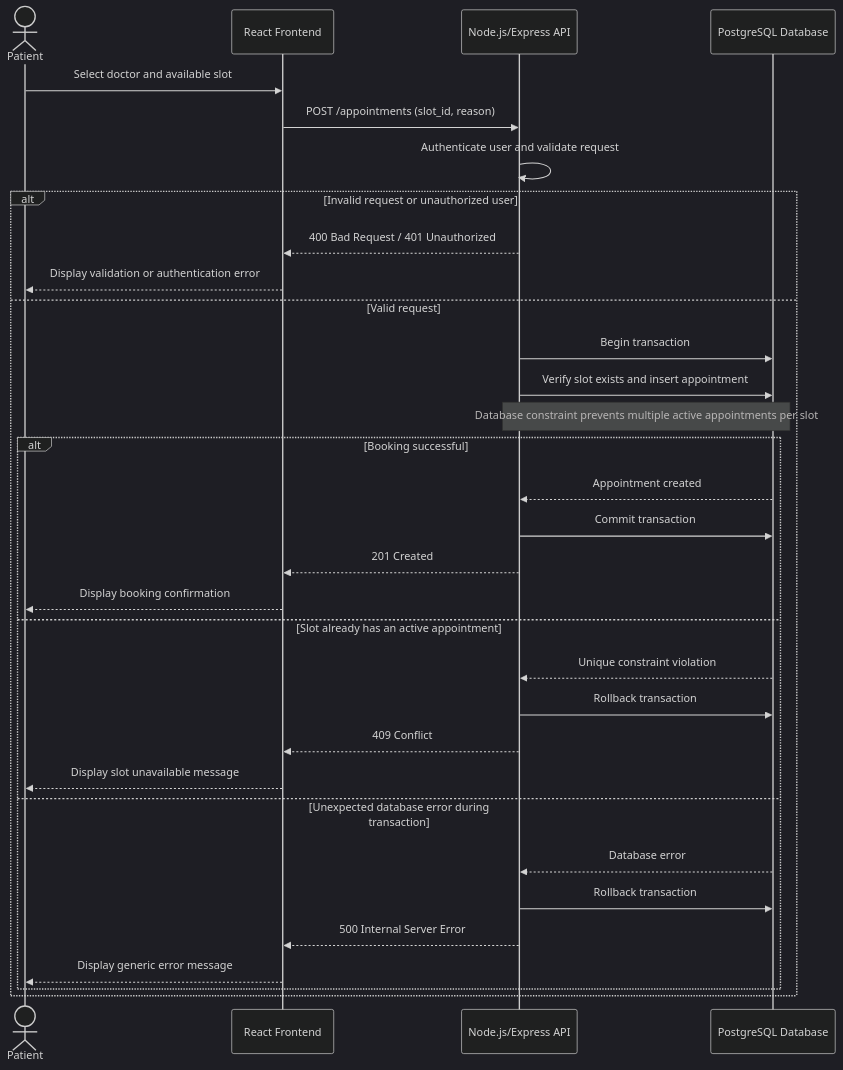
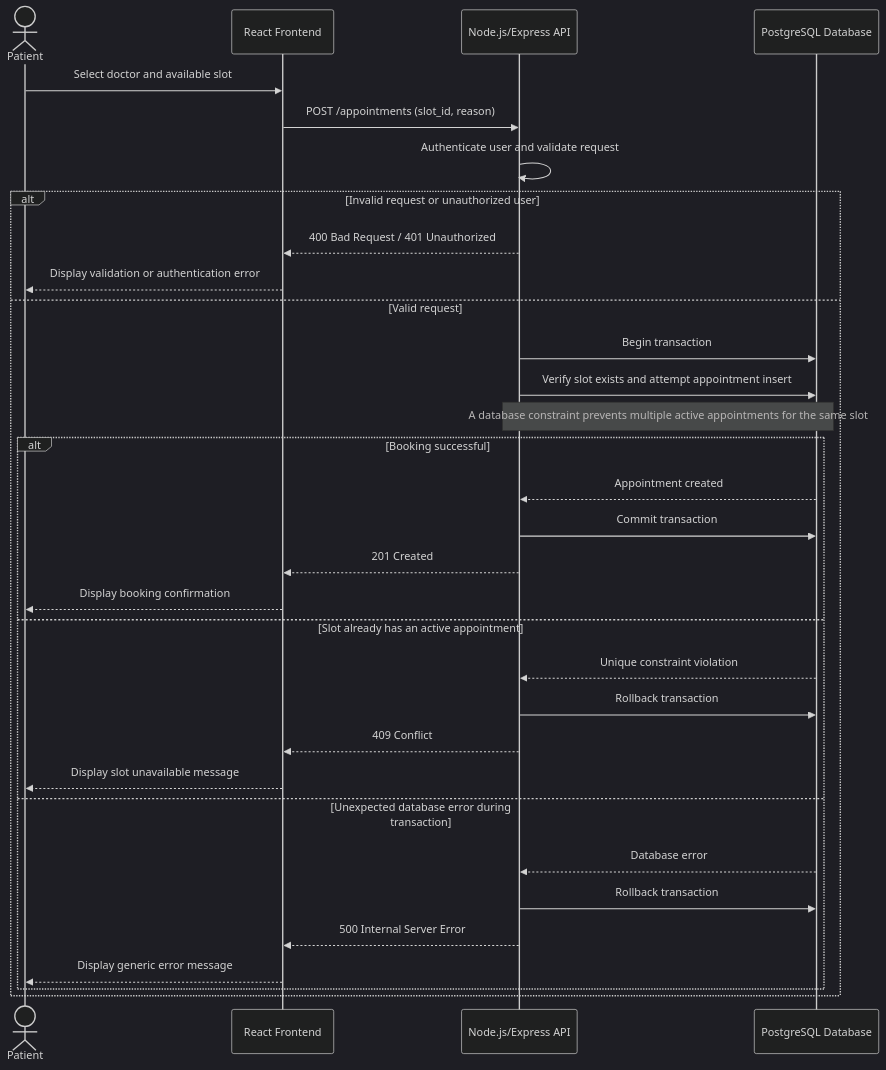
Before and after one commit to feloaref/scalable-telemedicine-platform: the third of 6 diagrams in DATA_FLOW_DIAGRAMS.md, drawn with Mermaid (dark theme). The commit also changed other lines of this file, not shown here.

Commit message:
DATA_FLOW_DIAGRAMS.md

````diff
--- a/DATA_FLOW_DIAGRAMS.md
+++ b/DATA_FLOW_DIAGRAMS.md
@@ -71,39 +70,39 @@
 ```mermaid
 sequenceDiagram
     actor Patient
     participant FE as React Frontend
     participant API as Node.js/Express API
     participant DB as PostgreSQL Database
 
     Patient->>FE: Select doctor and available slot
     FE->>API: POST /appointments (slot_id, reason)
     API->>API: Authenticate user and validate request
 
     alt Invalid request or unauthorized user
         API-->>FE: 400 Bad Request / 401 Unauthorized
         FE-->>Patient: Display validation or authentication error
     else Valid request
         API->>DB: Begin transaction
-        API->>DB: Verify slot exists and insert appointment
-        Note over API,DB: Database constraint prevents multiple active appointments per slot
+        API->>DB: Verify slot exists and attempt appointment insert
+        Note over API,DB: A database constraint prevents multiple active appointments for the same slot
 
         alt Booking successful
             DB-->>API: Appointment created
             API->>DB: Commit transaction
             API-->>FE: 201 Created
             FE-->>Patient: Display booking confirmation
 
         else Slot already has an active appointment
             DB-->>API: Unique constraint violation
             API->>DB: Rollback transaction
             API-->>FE: 409 Conflict
             FE-->>Patient: Display slot unavailable message
 
         else Unexpected database error during transaction
             DB-->>API: Database error
             API->>DB: Rollback transaction
             API-->>FE: 500 Internal Server Error
             FE-->>Patient: Display generic error message
         end
     end
 ```
````
